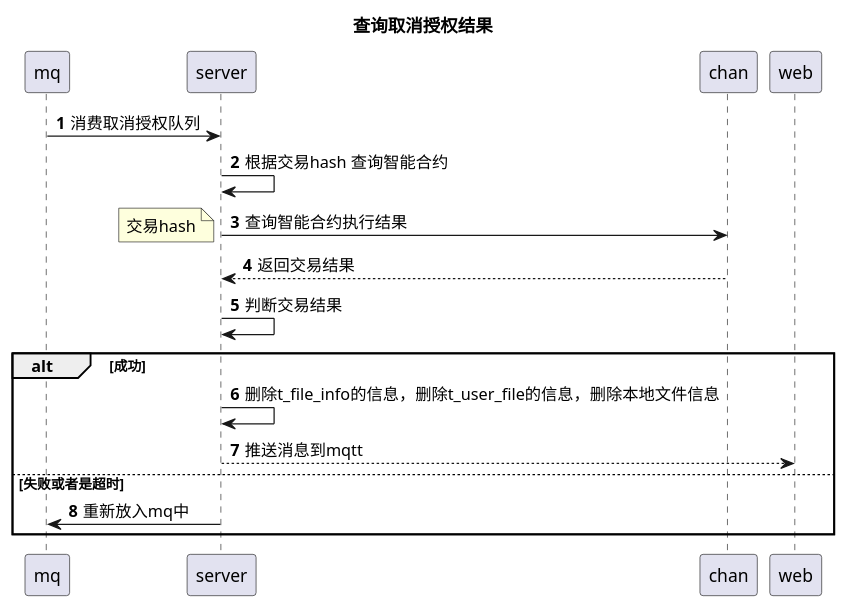
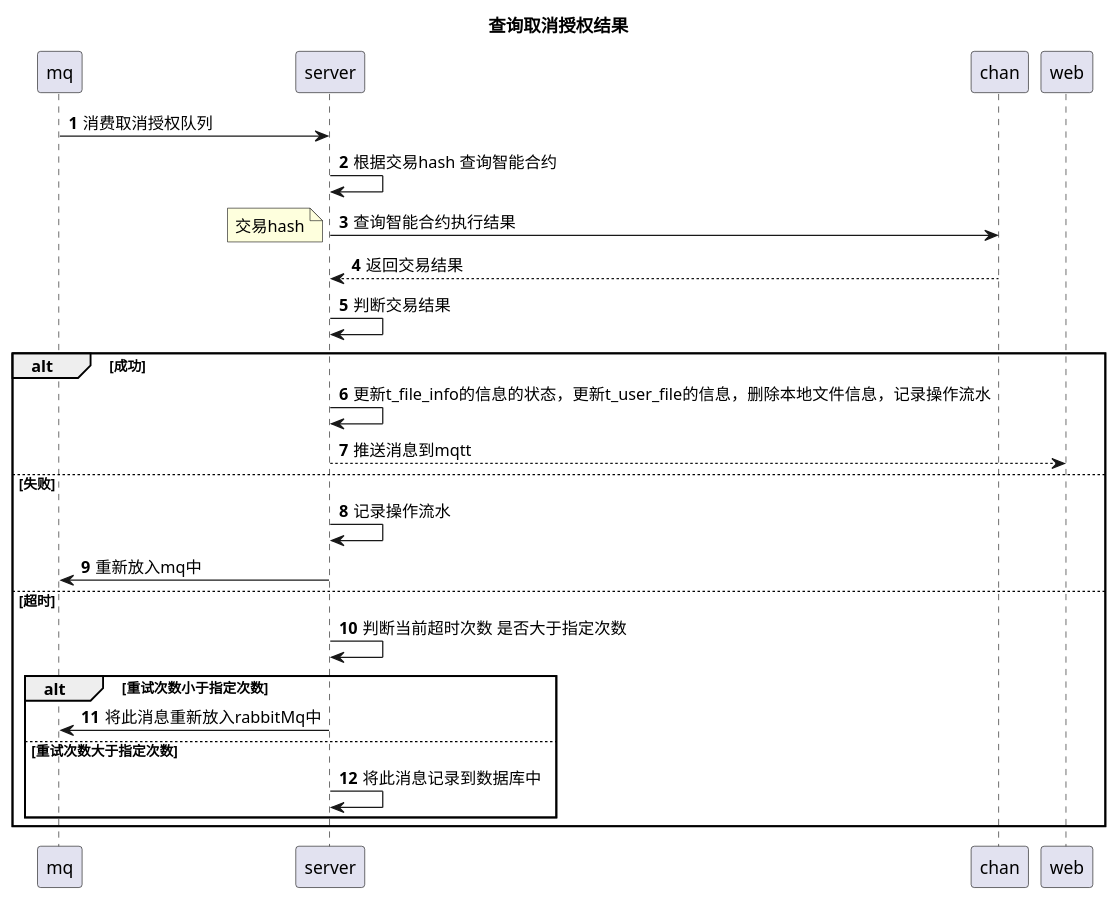
One commit to 13589080127/zc-design changed the diagram in doc/旷肽链文件授权/取消授权查询.puml. Above: the diagram before and after it, drawn with PlantUML. The commit also changed 9 other files, not shown here.

Commit message:
增加uml 图

```diff
--- a/doc/旷肽链文件授权/取消授权查询.puml
+++ b/doc/旷肽链文件授权/取消授权查询.puml
@@ -1,16 +1,24 @@
 @startuml
 title:查询取消授权结果
 autonumber
 mq->server:消费取消授权队列
 server->server:根据交易hash 查询智能合约
 server->chan:查询智能合约执行结果
 note left: 交易hash
 chan-->server:返回交易结果
 server->server:判断交易结果
 alt 成功
-server->server:删除t_file_info的信息，删除t_user_file的信息，删除本地文件信息
+server->server:更新t_file_info的信息的状态，更新t_user_file的信息，删除本地文件信息，记录操作流水
 server-->web:推送消息到mqtt
-else 失败或者是超时
+else 失败
+server->server:记录操作流水
 server->mq:重新放入mq中
+else 超时
+server->server:判断当前超时次数 是否大于指定次数
+alt 重试次数小于指定次数
+server->mq:将此消息重新放入rabbitMq中
+else 重试次数大于指定次数
+server->server: 将此消息记录到数据库中
+end
 end
 @enduml
```
